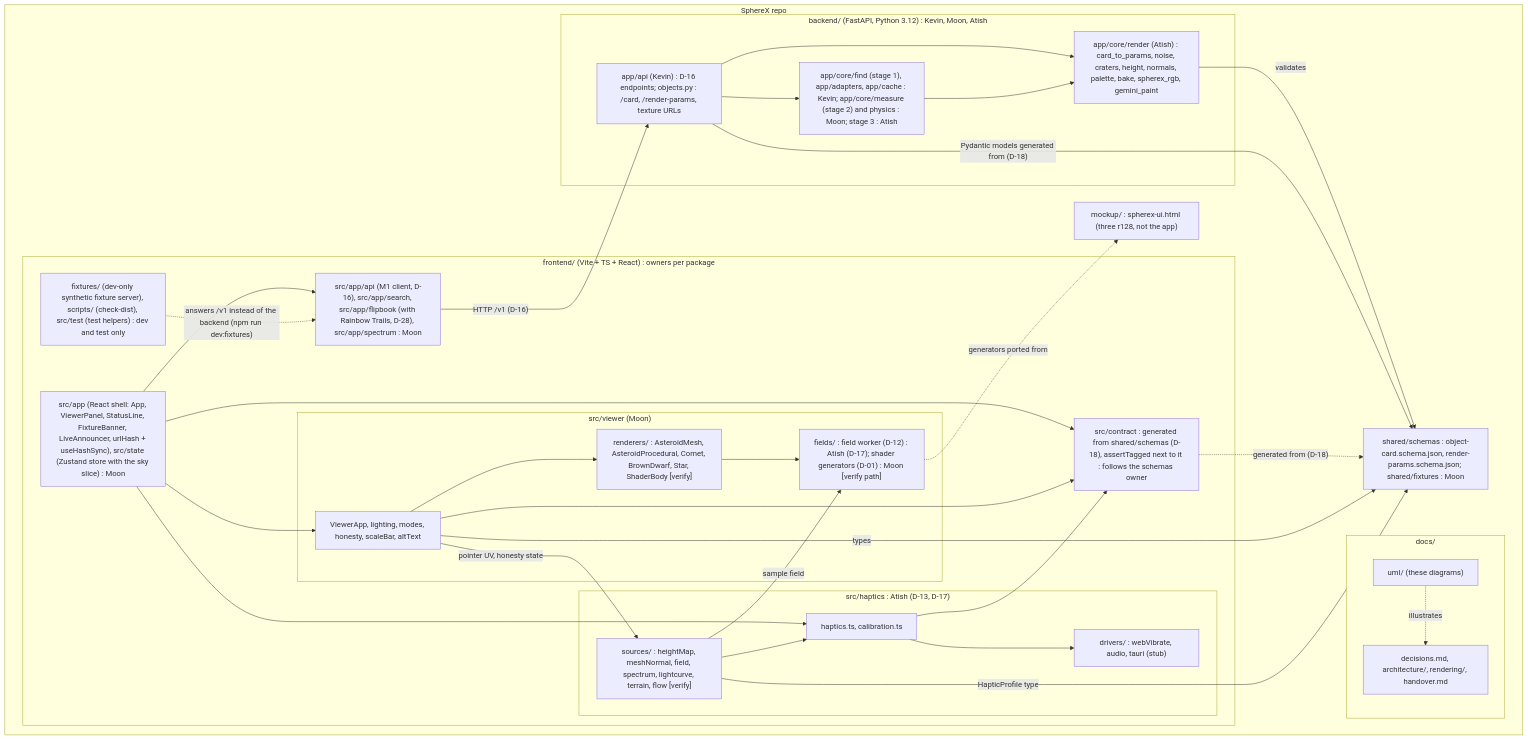
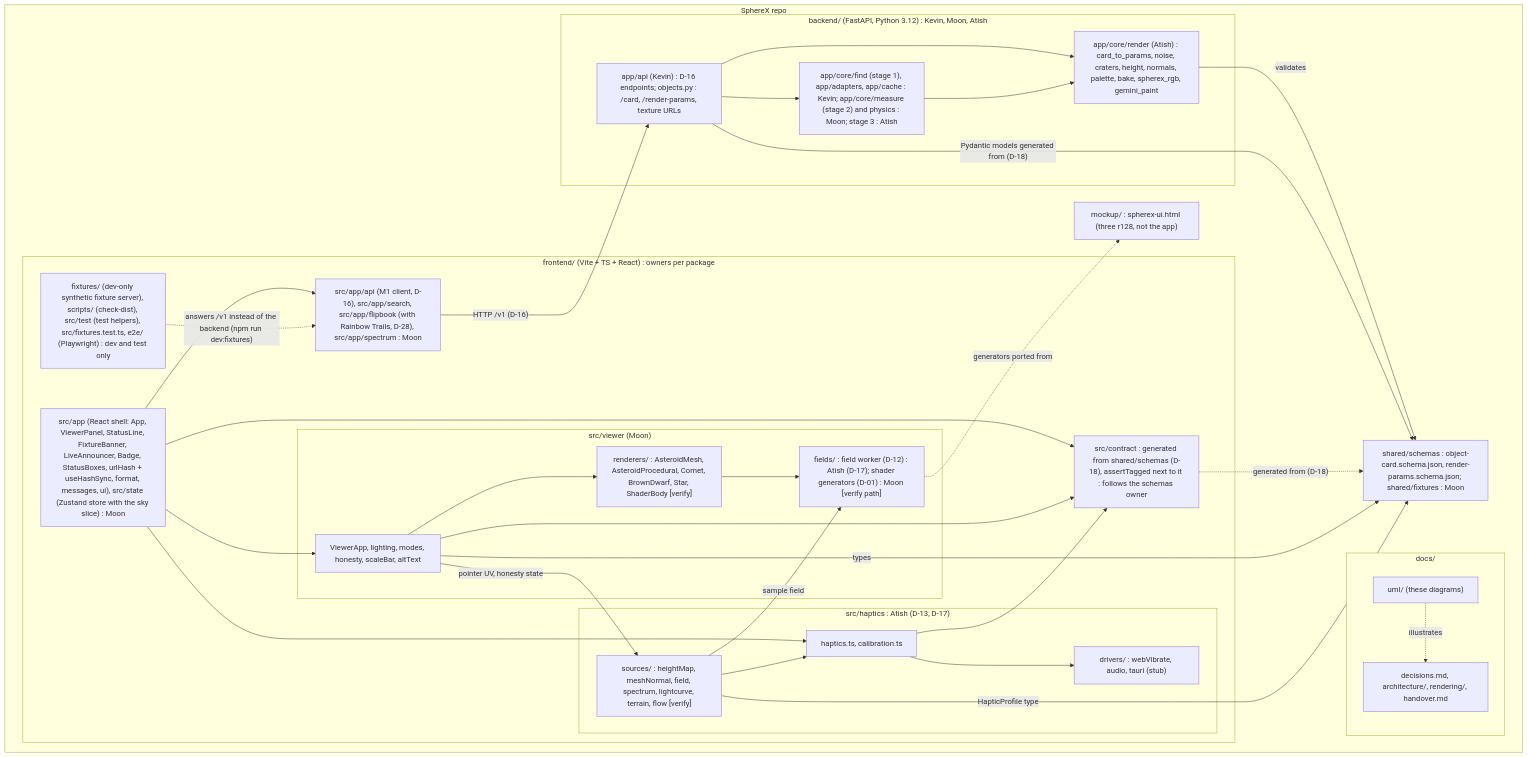
The diagram in docs/uml/04-package.md (0ffrian/SphereX), drawn with Mermaid before and after one commit. The commit also changed other lines of this file and 9 other files, not shown here.

First line of the commit message:
Address PR #22 review: Fixture badge question, owners, D-30 numbering

````diff
--- a/docs/uml/04-package.md
+++ b/docs/uml/04-package.md
@@ -5,62 +5,62 @@
 ```mermaid
 flowchart TB
   subgraph Repo["SphereX repo"]
     subgraph Docs["docs/"]
       DocSpecs["decisions.md, architecture/, rendering/, handover.md"]
       DocUML["uml/ (these diagrams)"]
     end
 
     Mockup["mockup/ : spherex-ui.html (three r128, not the app)"]
 
     subgraph Backend["backend/ (FastAPI, Python 3.12) : Kevin, Moon, Atish"]
       BApi["app/api (Kevin) : D-16 endpoints; objects.py : /card, /render-params, texture URLs"]
       BPipe["app/core/find (stage 1), app/adapters, app/cache : Kevin; app/core/measure (stage 2) and physics : Moon; stage 3 : Atish"]
       BRender["app/core/render (Atish) : card_to_params, noise, craters, height, normals, palette, bake, spherex_rgb, gemini_paint"]
     end
 
     subgraph Frontend["frontend/ (Vite + TS + React) : owners per package"]
-      FApp["src/app (React shell: App, ViewerPanel, StatusLine, FixtureBanner, LiveAnnouncer, urlHash + useHashSync), src/state (Zustand store with the sky slice) : Moon"]
+      FApp["src/app (React shell: App, ViewerPanel, StatusLine, FixtureBanner, LiveAnnouncer, Badge, StatusBoxes, urlHash + useHashSync, format, messages, ui), src/state (Zustand store with the sky slice) : Moon"]
       FFlip["src/app/api (M1 client, D-16), src/app/search, src/app/flipbook (with Rainbow Trails, D-28), src/app/spectrum : Moon"]
-      FDev["fixtures/ (dev-only synthetic fixture server), scripts/ (check-dist), src/test (test helpers) : dev and test only"]
+      FDev["fixtures/ (dev-only synthetic fixture server), scripts/ (check-dist), src/test (test helpers), src/fixtures.test.ts, e2e/ (Playwright) : dev and test only"]
       FContract["src/contract : generated from shared/schemas (D-18), assertTagged next to it : follows the schemas owner"]
       subgraph FViewer["src/viewer (Moon)"]
         VCore["ViewerApp, lighting, modes, honesty, scaleBar, altText"]
         VRend["renderers/ : AsteroidMesh, AsteroidProcedural, Comet, BrownDwarf, Star, ShaderBody [verify]"]
         VFields["fields/ : field worker (D-12) : Atish (D-17); shader generators (D-01) : Moon [verify path]"]
       end
       subgraph FHaptics["src/haptics : Atish (D-13, D-17)"]
         HCore["haptics.ts, calibration.ts"]
         HDrivers["drivers/ : webVibrate, audio, tauri (stub)"]
         HSources["sources/ : heightMap, meshNormal, field, spectrum, lightcurve, terrain, flow [verify]"]
       end
     end
 
     Schemas["shared/schemas : object-card.schema.json, render-params.schema.json; shared/fixtures : Moon"]
   end
 
   DocUML -.->|"illustrates"| DocSpecs
   BApi --> BPipe
   BApi --> BRender
   BPipe --> BRender
   BRender -->|"validates"| Schemas
   BApi -->|"Pydantic models generated from (D-18)"| Schemas
 
   FApp --> VCore
   FApp --> FContract
   VCore --> FContract
   HCore --> FContract
   FContract -.->|"generated from (D-18)"| Schemas
   FApp --> HCore
   FApp --> FFlip
   FFlip -->|"HTTP /v1 (D-16)"| BApi
   FDev -.->|"answers /v1 instead of the backend (npm run dev:fixtures)"| FFlip
   VCore --> VRend
   VRend --> VFields
   VCore -->|"pointer UV, honesty state"| HSources
   HSources --> HCore
   HSources -->|"sample field"| VFields
   HCore --> HDrivers
   VCore -->|"types"| Schemas
   HSources -->|"HapticProfile type"| Schemas
   VFields -.->|"generators ported from"| Mockup
 ```
````
